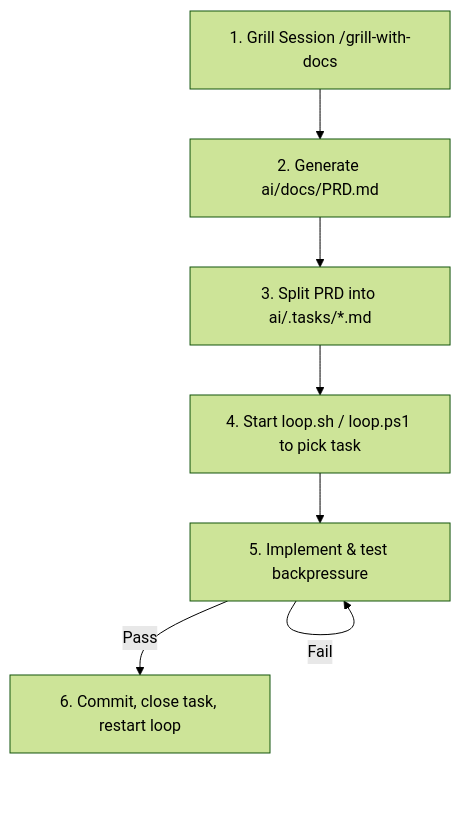
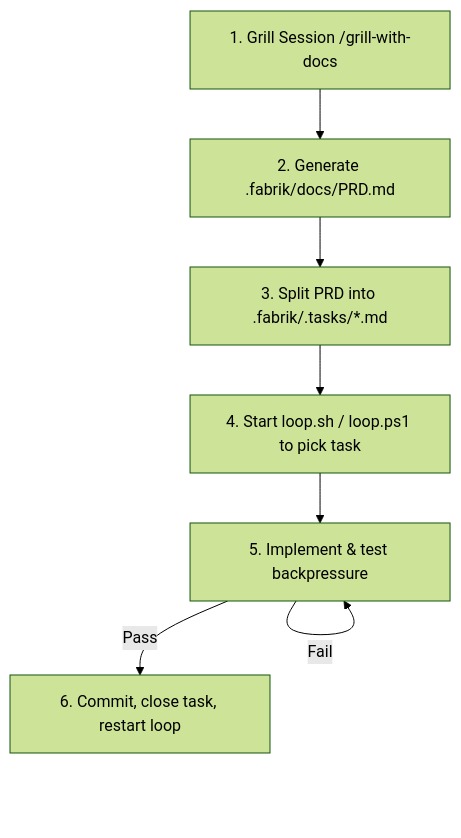
The diagram in PLAYBOOK.md (ur-wesley/fabrik), drawn with Mermaid (forest theme) before and after one commit. The commit also changed other lines of this file and 10 other files, not shown here.

````diff
--- a/PLAYBOOK.md
+++ b/PLAYBOOK.md
@@ -58,9 +58,9 @@
 ```mermaid
 graph TD
-    Step1[1. Grill Session /grill-with-docs] --> Step2[2. Generate ai/docs/PRD.md]
-    Step2 --> Step3[3. Split PRD into ai/.tasks/*.md]
+    Step1[1. Grill Session /grill-with-docs] --> Step2[2. Generate .fabrik/docs/PRD.md]
+    Step2 --> Step3[3. Split PRD into .fabrik/.tasks/*.md]
     Step3 --> Step4[4. Start loop.sh / loop.ps1 to pick task]
     Step4 --> Step5[5. Implement & test backpressure]
     Step5 -- Fail --> Step5
     Step5 -- Pass --> Step6[6. Commit, close task, restart loop]
 ```
````
